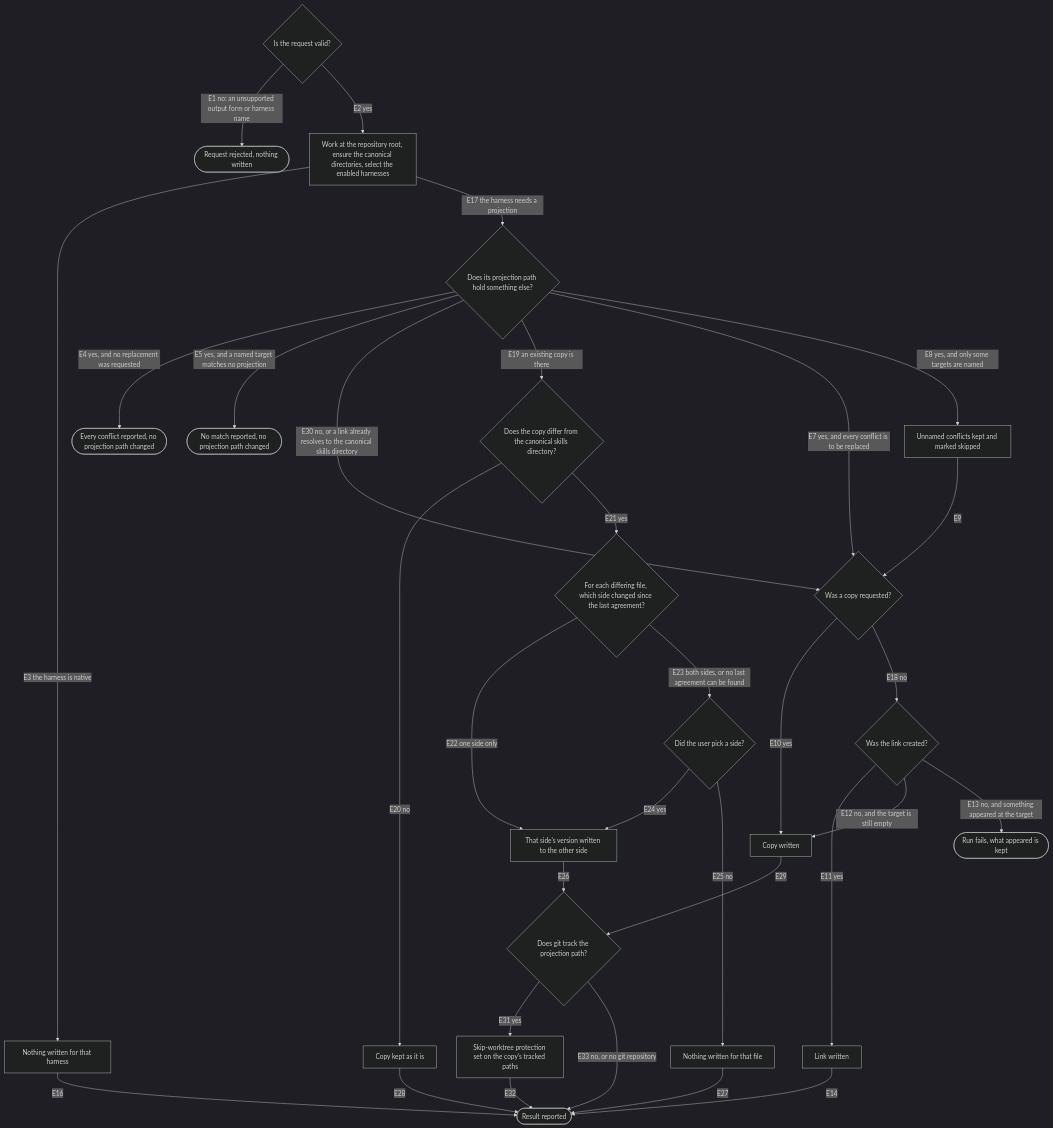
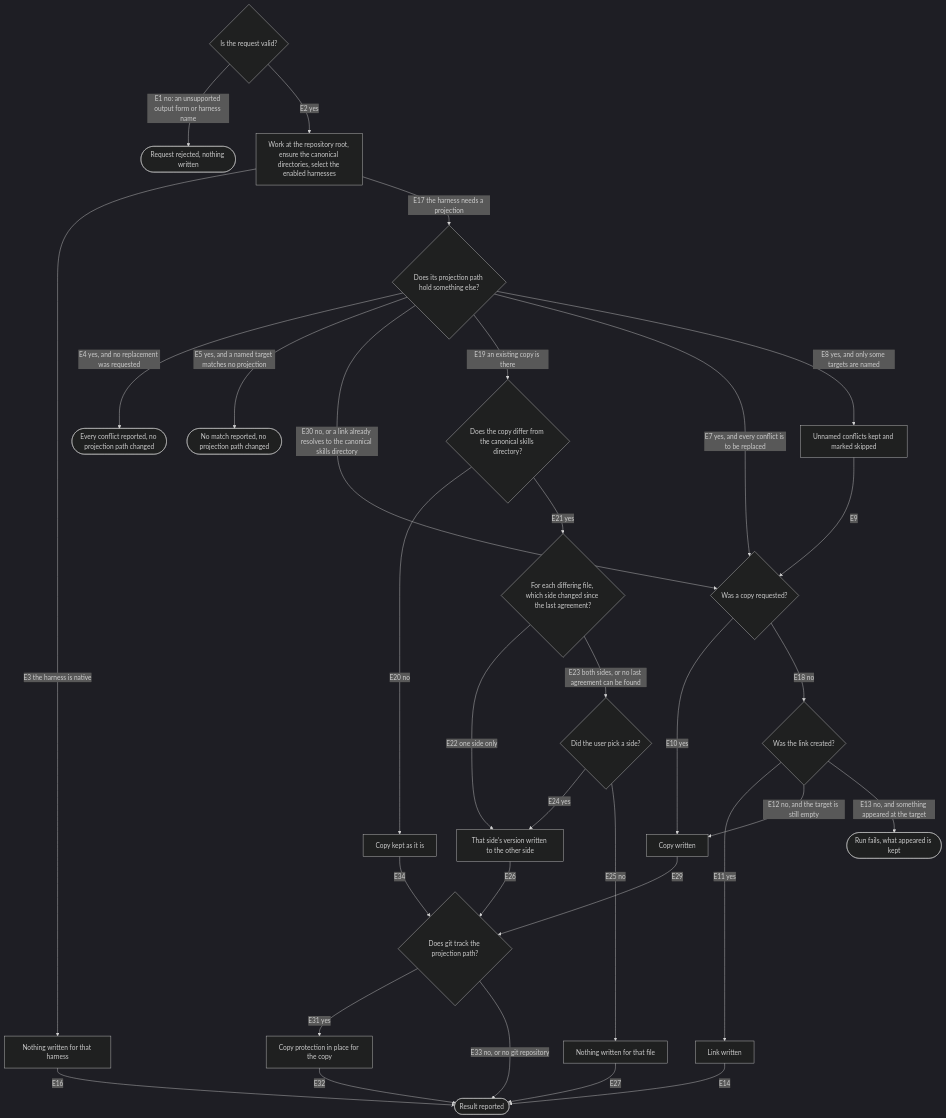
The diagram in packages/buddy-agent-harness/.agents/spec/harness-init/graph.md (repobuddy/buddy-agent-harness), drawn with Mermaid (dark theme) before and after one commit. The commit also changed other lines of this file and 29 other files, not shown here.

````diff
--- a/packages/buddy-agent-harness/.agents/spec/harness-init/graph.md
+++ b/packages/buddy-agent-harness/.agents/spec/harness-init/graph.md
@@ -6,35 +6,35 @@
 ```mermaid
 flowchart TD
   request{Is the request valid?}
   request -->|E1 no: an unsupported output form or harness name| rejected([Request rejected, nothing written])
   request -->|E2 yes| scaffold[Work at the repository root, ensure the canonical directories, select the enabled harnesses]
   scaffold -->|E3 the harness is native| native[Nothing written for that harness]
   scaffold -->|E17 the harness needs a projection| conflicts{Does its projection path hold something else?}
   conflicts -->|E4 yes, and no replacement was requested| reported([Every conflict reported, no projection path changed])
   conflicts -->|E5 yes, and a named target matches no projection| nomatch([No match reported, no projection path changed])
   conflicts -->|E30 no, or a link already resolves to the canonical skills directory| copy
   conflicts -->|E19 an existing copy is there| drift{Does the copy differ from the canonical skills directory?}
   conflicts -->|E7 yes, and every conflict is to be replaced| copy
   conflicts -->|E8 yes, and only some targets are named| skipped[Unnamed conflicts kept and marked skipped]
   skipped -->|E9| copy{Was a copy requested?}
   copy -->|E10 yes| copied[Copy written]
   copy -->|E18 no| link{Was the link created?}
   link -->|E11 yes| linked[Link written]
   link -->|E12 no, and the target is still empty| copied
   link -->|E13 no, and something appeared at the target| failed([Run fails, what appeared is kept])
   linked -->|E14| result([Result reported])
   copied -->|E29| tracked{Does git track the projection path?}
   drift -->|E20 no| kept[Copy kept as it is]
-  kept -->|E28| result
+  kept -->|E34| tracked
   drift -->|E21 yes| sync{For each differing file, which side changed since the last agreement?}
   sync -->|E22 one side only| synced[That side's version written to the other side]
   sync -->|E23 both sides, or no last agreement can be found| ask{Did the user pick a side?}
   ask -->|E24 yes| synced
   ask -->|E25 no| left[Nothing written for that file]
   synced -->|E26| tracked
   left -->|E27| result
-  tracked -->|E31 yes| protected[Skip-worktree protection set on the copy's tracked paths]
+  tracked -->|E31 yes| protected[Copy protection in place for the copy]
   tracked -->|E33 no, or no git repository| result
   protected -->|E32| result
   native -->|E16| result
 ```
````
